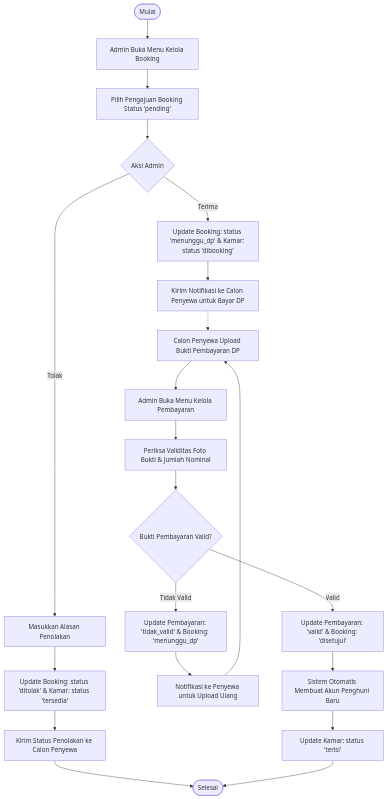
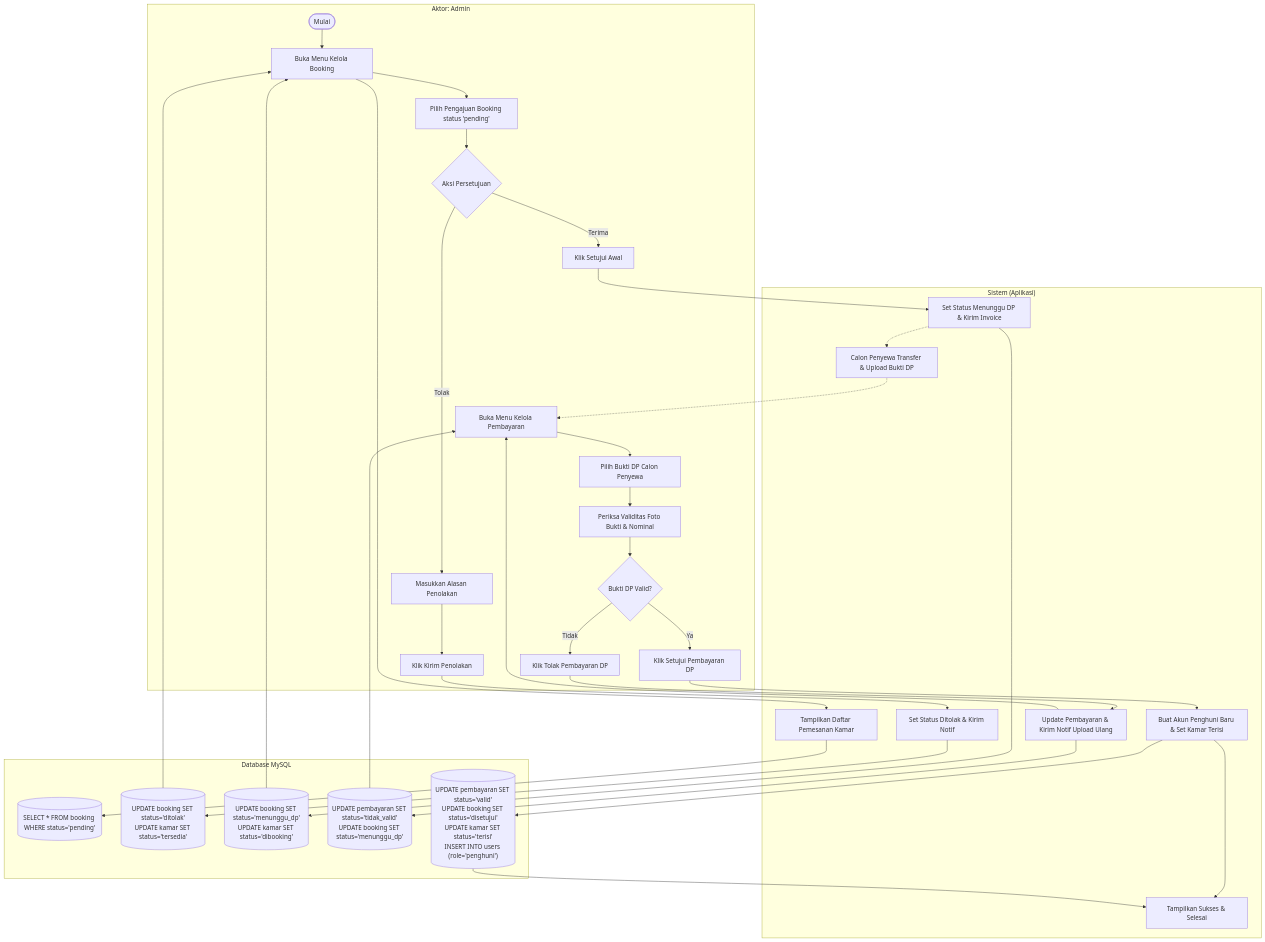
One commit to Raflysaputra20/EL-MISARAH changed the second of 10 diagrams in activity_diagrams.md. Above: the diagram before and after it, drawn with Mermaid. The commit also changed other lines of this file and 2 other files, not shown here.

````diff
--- a/activity_diagrams.md
+++ b/activity_diagrams.md
@@ -63,31 +85,51 @@
 ```mermaid
-flowchart TD
-    Start([Mulai]) --> BukaBooking[Admin Buka Menu Kelola Booking]
-    BukaBooking --> PilihBooking[Pilih Pengajuan Booking Status 'pending']
-    PilihBooking --> AksiBooking{Aksi Admin}
+flowchart TB
+    subgraph Aktor ["Aktor: Admin"]
+        Start1_2([Mulai]) --> BukaBooking1_2[Buka Menu Kelola Booking]
+        BukaBooking1_2 --> PilihBooking1_2[Pilih Pengajuan Booking status 'pending']
+        PilihBooking1_2 --> AksiBooking1_2{Aksi Persetujuan}
+        
+        %% Tolak
+        AksiBooking1_2 -- Tolak --> FormTolak1_2[Masukkan Alasan Penolakan]
+        FormTolak1_2 --> SubmitTolak1_2[Klik Kirim Penolakan]
+        
+        %% Terima
+        AksiBooking1_2 -- Terima --> SubmitTerima1_2[Klik Setujui Awal]
+        
+        %% Verifikasi DP
+        BukaPembayaran1_2[Buka Menu Kelola Pembayaran] --> PilihBukti1_2[Pilih Bukti DP Calon Penyewa]
+        PilihBukti1_2 --> CekBukti1_2[Periksa Validitas Foto Bukti & Nominal]
+        CekBukti1_2 --> VerifikasiDP1_2{Bukti DP Valid?}
+        VerifikasiDP1_2 -- Tidak --> KlikTolakDP1_2[Klik Tolak Pembayaran DP]
+        VerifikasiDP1_2 -- Ya --> KlikTerimaDP1_2[Klik Setujui Pembayaran DP]
+    end
     
-    %% Tolak Booking
-    AksiBooking -- Tolak --> FormTolak[Masukkan Alasan Penolakan]
-    FormTolak --> UpdateTolak[Update Booking: status 'ditolak' & Kamar: status 'tersedia']
-    UpdateTolak --> KirimNotifTolak[Kirim Status Penolakan ke Calon Penyewa] --> End([Selesai])
+    subgraph Sistem ["Sistem (Aplikasi)"]
+        BukaBooking1_2 --> TampilkanBooking1_2[Tampilkan Daftar Pemesanan Kamar]
+        SubmitTolak1_2 --> ProsesTolak1_2[Set Status Ditolak & Kirim Notif]
+        SubmitTerima1_2 --> ProsesTerima1_2[Set Status Menunggu DP & Kirim Invoice]
+        
+        ProsesTerima1_2 -.-> CalonPenyewaBayar[Calon Penyewa Transfer & Upload Bukti DP]
+        CalonPenyewaBayar -.-> BukaPembayaran1_2
+        
+        KlikTolakDP1_2 --> ProsesTolakDP1_2[Update Pembayaran & Kirim Notif Upload Ulang]
+        ProsesTolakDP1_2 --> BukaPembayaran1_2
+        
+        KlikTerimaDP1_2 --> ProsesTerimaDP1_2[Buat Akun Penghuni Baru & Set Kamar Terisi]
+        ProsesTerimaDP1_2 --> SuksesVerif1_2[Tampilkan Sukses & Selesai]
+    end
     
-    %% Terima Booking Tahap 1
-    AksiBooking -- Terima --> UpdateTerima[Update Booking: status 'menunggu_dp' & Kamar: status 'dibooking']
-    UpdateTerima --> KirimNotifDP[Kirim Notifikasi ke Calon Penyewa untuk Bayar DP]
-    
-    %% Calon Penyewa Melakukan Pembayaran
-    KirimNotifDP -.-> UserUploadDP[Calon Penyewa Upload Bukti Pembayaran DP]
-    
-    %% Verifikasi DP oleh Admin
-    UserUploadDP --> BukaPembayaran[Admin Buka Menu Kelola Pembayaran]
-    BukaPembayaran --> CekBukti[Periksa Validitas Foto Bukti & Jumlah Nominal]
-    CekBukti --> Verifikasi{Bukti Pembayaran Valid?}
-    
-    Verifikasi -- Tidak Valid --> UpdateBayarGagal[Update Pembayaran: 'tidak_valid' & Booking: 'menunggu_dp']
-    UpdateBayarGagal --> MintaBayarUlang[Notifikasi ke Penyewa untuk Upload Ulang] --> UserUploadDP
-    
-    Verifikasi -- Valid --> UpdateBayarSukses[Update Pembayaran: 'valid' & Booking: 'disetujui']
-    UpdateBayarSukses --> BuatPenghuni[Sistem Otomatis Membuat Akun Penghuni Baru]
-    BuatPenghuni --> KamarTerisi[Update Kamar: status 'terisi']
-    KamarTerisi --> End
+    subgraph Database ["Database MySQL"]
+        TampilkanBooking1_2 --> QueryBooking1_2[("SELECT * FROM booking WHERE status='pending'")]
+        ProsesTolak1_2 --> DBUpdateTolak1_2[("UPDATE booking SET status='ditolak'<br/>UPDATE kamar SET status='tersedia'")]
+        ProsesTerima1_2 --> DBUpdateTerima1_2[("UPDATE booking SET status='menunggu_dp'<br/>UPDATE kamar SET status='dibooking'")]
+        
+        ProsesTolakDP1_2 --> DBUpdateTolakDP1_2[("UPDATE pembayaran SET status='tidak_valid'<br/>UPDATE booking SET status='menunggu_dp'")]
+        ProsesTerimaDP1_2 --> DBUpdateTerimaDP1_2[("UPDATE pembayaran SET status='valid'<br/>UPDATE booking SET status='disetujui'<br/>UPDATE kamar SET status='terisi'<br/>INSERT INTO users (role='penghuni')")]
+        
+        DBUpdateTolak1_2 --> BukaBooking1_2
+        DBUpdateTerima1_2 --> BukaBooking1_2
+        DBUpdateTolakDP1_2 --> BukaPembayaran1_2
+        DBUpdateTerimaDP1_2 --> SuksesVerif1_2
+    end
 ```
````
